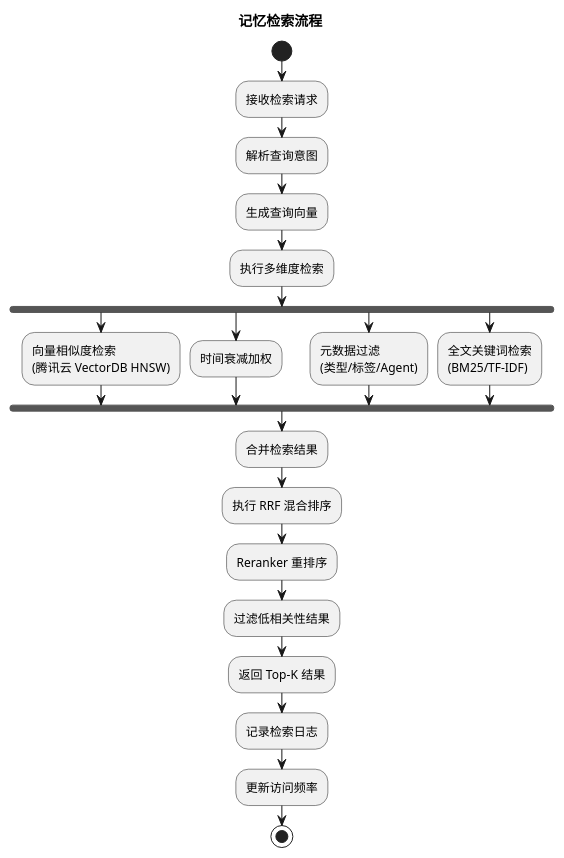
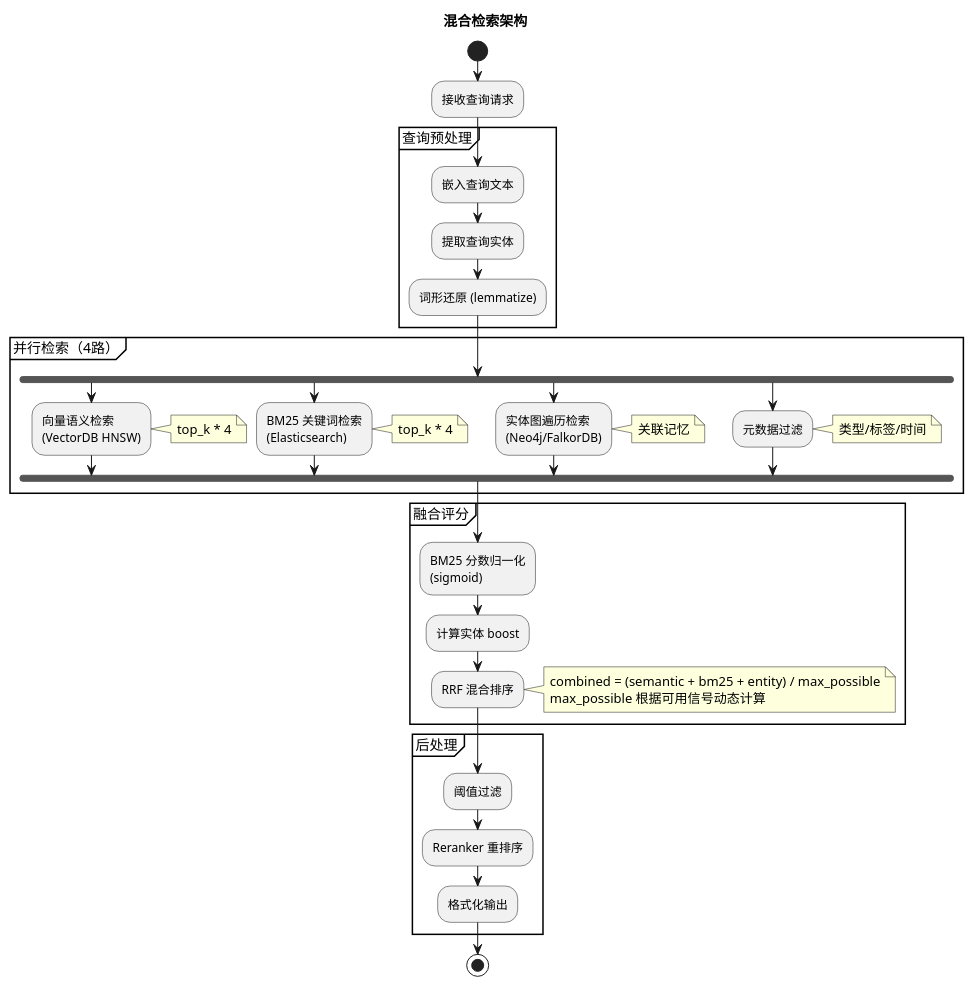
The third of 5 diagrams in README.md (RiceBall-15/agent-memory-system), drawn with PlantUML before and after one commit. The commit also changed other lines of this file, not shown here.

Commit message:
docs: v3.0 深度优化 - Mem0/Graphiti/Letta源码分析、高并发处理、前端监控界面设计

````diff
--- a/README.md
+++ b/README.md
@@ -213,40 +397,55 @@
 ```plantuml
-@startuml Memory-Retrieval-Flow
-title 记忆检索流程
+@startuml Hybrid-Retrieval-Architecture
+title 混合检索架构
 
 start
 
-:接收检索请求;
-:解析查询意图;
+:接收查询请求;
 
-:生成查询向量;
+partition "查询预处理" {
+  :嵌入查询文本;
+  :提取查询实体;
+  :词形还原 (lemmatize);
+}
 
-:执行多维度检索;
+partition "并行检索（4路）" {
+  fork
+    :向量语义检索
+(VectorDB HNSW);
+    note right: top_k * 4
+  fork again
+    :BM25 关键词检索
+(Elasticsearch);
+    note right: top_k * 4
+  fork again
+    :实体图遍历检索
+(Neo4j/FalkorDB);
+    note right: 关联记忆
+  fork again
+    :元数据过滤;
+    note right: 类型/标签/时间
+  end fork
+}
 
-fork
-  :向量相似度检索\n(腾讯云 VectorDB HNSW);
-fork again
-  :时间衰减加权;
-fork again
-  :元数据过滤\n(类型/标签/Agent);
-fork again
-  :全文关键词检索\n(BM25/TF-IDF);
-end fork
+partition "融合评分" {
+  :BM25 分数归一化
+(sigmoid);
+  :计算实体 boost;
+  :RRF 混合排序;
+  
+  note right
+    combined = (semantic + bm25 + entity) / max_possible
+    max_possible 根据可用信号动态计算
+  end note
+}
 
-:合并检索结果;
-
-:执行 RRF 混合排序;
-
-:Reranker 重排序;
-
-:过滤低相关性结果;
-
-:返回 Top-K 结果;
-
-:记录检索日志;
-:更新访问频率;
+partition "后处理" {
+  :阈值过滤;
+  :Reranker 重排序;
+  :格式化输出;
+}
 
 stop
 
 @enduml
 ```
````
